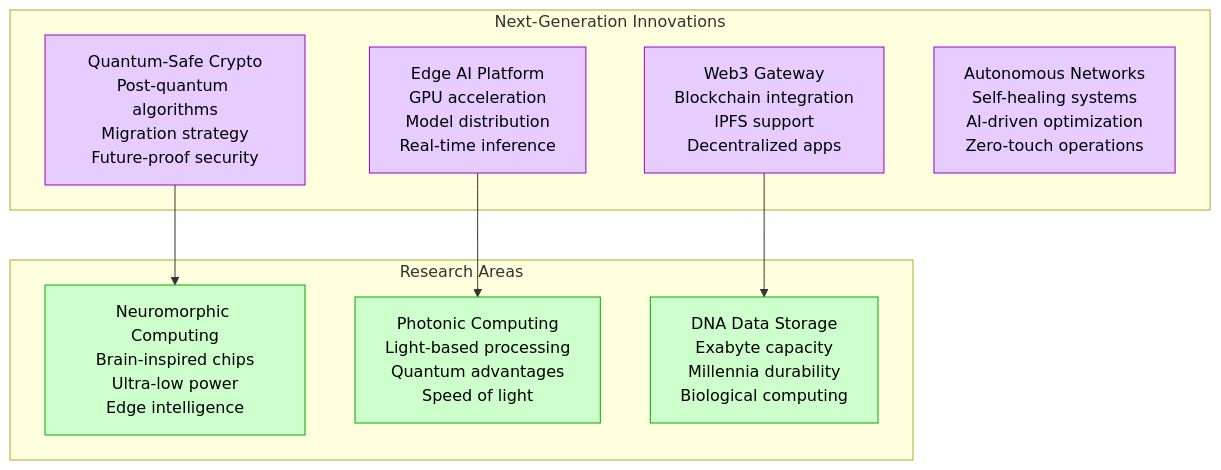
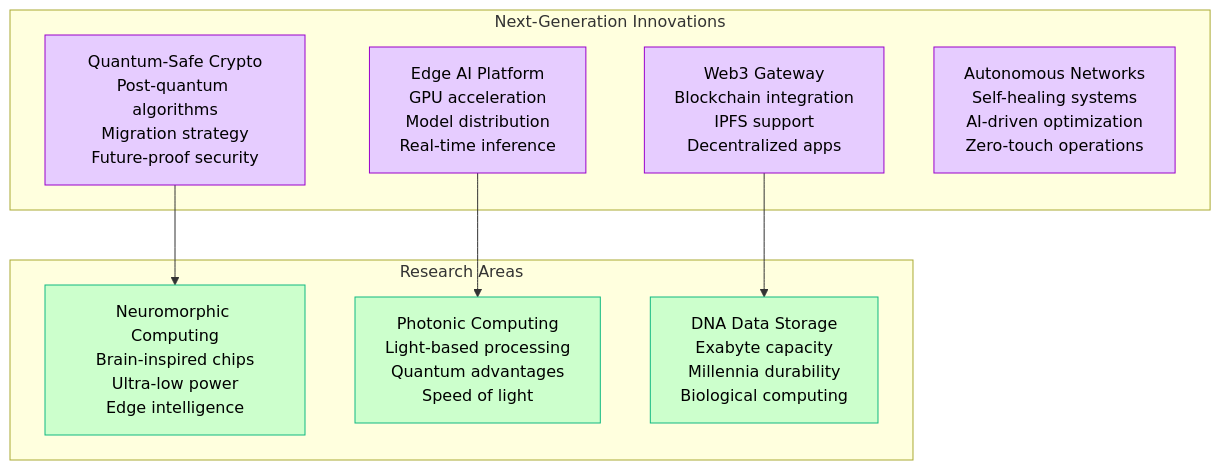
One commit to deepaucksharma/DS changed the eighth of 8 diagrams in site/docs/systems/cloudflare/novel-solutions.md. Above: the diagram before and after it, drawn with Mermaid. The commit also changed other lines of this file and 303 other files, not shown here.

````diff
--- a/site/docs/systems/cloudflare/novel-solutions.md
+++ b/site/docs/systems/cloudflare/novel-solutions.md
@@ -397,31 +397,31 @@
 ```mermaid
 graph TB
     subgraph "Next-Generation Innovations"
         QUANTUM_SAFE[Quantum-Safe Crypto<br/>Post-quantum algorithms<br/>Migration strategy<br/>Future-proof security]
 
         EDGE_AI[Edge AI Platform<br/>GPU acceleration<br/>Model distribution<br/>Real-time inference]
 
         WEB3_GATEWAY[Web3 Gateway<br/>Blockchain integration<br/>IPFS support<br/>Decentralized apps]
 
         AUTONOMOUS_NET[Autonomous Networks<br/>Self-healing systems<br/>AI-driven optimization<br/>Zero-touch operations]
     end
 
     subgraph "Research Areas"
         NEUROMORPHIC[Neuromorphic Computing<br/>Brain-inspired chips<br/>Ultra-low power<br/>Edge intelligence]
 
         PHOTONIC[Photonic Computing<br/>Light-based processing<br/>Quantum advantages<br/>Speed of light]
 
         DNA_STORAGE[DNA Data Storage<br/>Exabyte capacity<br/>Millennia durability<br/>Biological computing]
     end
 
     QUANTUM_SAFE --> NEUROMORPHIC
     EDGE_AI --> PHOTONIC
     WEB3_GATEWAY --> DNA_STORAGE
 
     %% Apply future colors
     classDef innovationStyle fill:#E6CCFF,stroke:#9900CC,color:#000
-    classDef researchStyle fill:#CCFFCC,stroke:#00AA00,color:#000
+    classDef researchStyle fill:#CCFFCC,stroke:#10B981,color:#000
 
     class QUANTUM_SAFE,EDGE_AI,WEB3_GATEWAY,AUTONOMOUS_NET innovationStyle
     class NEUROMORPHIC,PHOTONIC,DNA_STORAGE researchStyle
 ```
````
